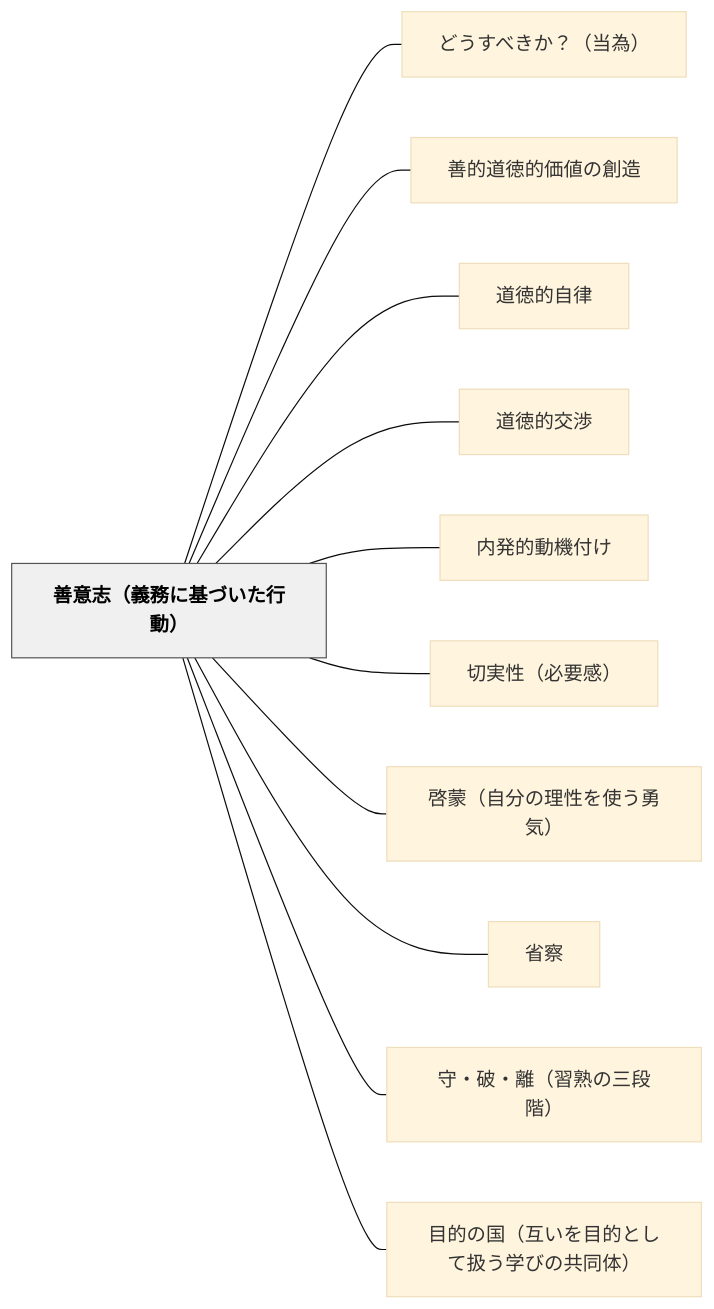
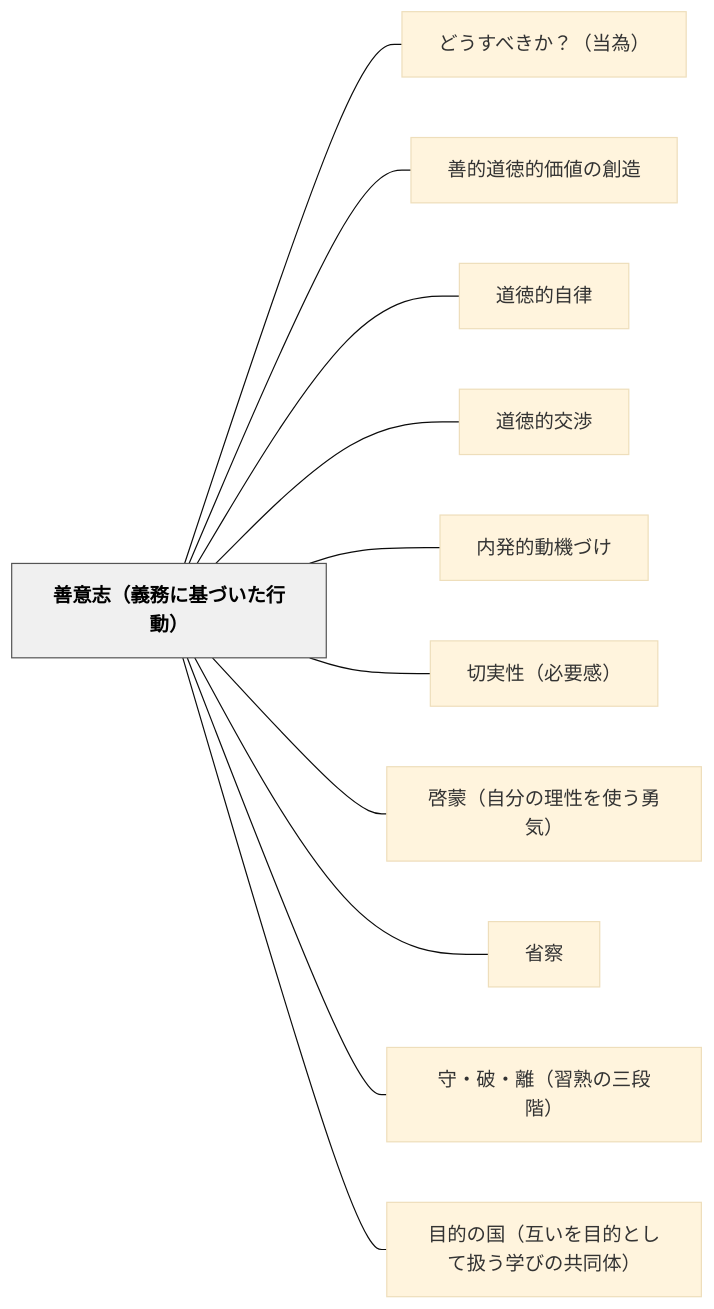
One commit to unknownthings-ed-patterns/unknownthings-ed-patterns changed the diagram in content/パタン/善意志（義務に基づいた行動）.md. Above: the diagram before and after it, drawn with Mermaid (base theme). The commit also changed other lines of this file and 234 other files, not shown here.

````diff
--- a/content/パタン/善意志（義務に基づいた行動）.md
+++ b/content/パタン/善意志（義務に基づいた行動）.md
@@ -113,28 +113,28 @@
 ```mermaid
 flowchart LR
     ne59684e6848fe5bf97efbc88e7bea9e58b99e381abe59fbae381a5e38184e3819fe8a18ce58b95efbc89["善意志（義務に基づいた行動）"]
     ne381a9e38186e38199e381b9e3818de3818befbc9fefbc88e5bd93e782baefbc89["どうすべきか？（当為）"]
     ne59684e79a84e98193e5beb3e79a84e4bea1e580a4e381aee589b5e980a0["善的道徳的価値の創造"]
     ne98193e5beb3e79a84e887aae5be8b["道徳的自律"]
     ne98193e5beb3e79a84e4baa4e6b889["道徳的交渉"]
-    ne58685e799bae79a84e58b95e6a99fe4bb98e38191["内発的動機付け"]
+    ne58685e799bae79a84e58b95e6a99fe381a5e38191["内発的動機づけ"]
     ne58887e5ae9fe680a7efbc88e5bf85e8a681e6849fefbc89["切実性（必要感）"]
     ne59593e89299efbc88e887aae58886e381aee79086e680a7e38292e4bdbfe38186e58b87e6b097efbc89["啓蒙（自分の理性を使う勇気）"]
     ne79c81e5af9f["省察"]
     ne5ae88e383bbe7a0b4e383bbe99ba2efbc88e7bf92e7869fe381aee4b889e6aeb5e99a8eefbc89["守・破・離（習熟の三段階）"]
     ne79baee79a84e381aee59bbdefbc88e4ba92e38184e38292e79baee79a84e381a8e38197e381a6e689b1e38186e5ada6e381b3e381aee585b1e5908ce4bd93efbc89["目的の国（互いを目的として扱う学びの共同体）"]
 
     ne59684e6848fe5bf97efbc88e7bea9e58b99e381abe59fbae381a5e38184e3819fe8a18ce58b95efbc89 --- ne381a9e38186e38199e381b9e3818de3818befbc9fefbc88e5bd93e782baefbc89
     ne59684e6848fe5bf97efbc88e7bea9e58b99e381abe59fbae381a5e38184e3819fe8a18ce58b95efbc89 --- ne59684e79a84e98193e5beb3e79a84e4bea1e580a4e381aee589b5e980a0
     ne59684e6848fe5bf97efbc88e7bea9e58b99e381abe59fbae381a5e38184e3819fe8a18ce58b95efbc89 --- ne98193e5beb3e79a84e887aae5be8b
     ne59684e6848fe5bf97efbc88e7bea9e58b99e381abe59fbae381a5e38184e3819fe8a18ce58b95efbc89 --- ne98193e5beb3e79a84e4baa4e6b889
-    ne59684e6848fe5bf97efbc88e7bea9e58b99e381abe59fbae381a5e38184e3819fe8a18ce58b95efbc89 --- ne58685e799bae79a84e58b95e6a99fe4bb98e38191
+    ne59684e6848fe5bf97efbc88e7bea9e58b99e381abe59fbae381a5e38184e3819fe8a18ce58b95efbc89 --- ne58685e799bae79a84e58b95e6a99fe381a5e38191
     ne59684e6848fe5bf97efbc88e7bea9e58b99e381abe59fbae381a5e38184e3819fe8a18ce58b95efbc89 --- ne58887e5ae9fe680a7efbc88e5bf85e8a681e6849fefbc89
     ne59684e6848fe5bf97efbc88e7bea9e58b99e381abe59fbae381a5e38184e3819fe8a18ce58b95efbc89 --- ne59593e89299efbc88e887aae58886e381aee79086e680a7e38292e4bdbfe38186e58b87e6b097efbc89
     ne59684e6848fe5bf97efbc88e7bea9e58b99e381abe59fbae381a5e38184e3819fe8a18ce58b95efbc89 --- ne79c81e5af9f
     ne59684e6848fe5bf97efbc88e7bea9e58b99e381abe59fbae381a5e38184e3819fe8a18ce58b95efbc89 --- ne5ae88e383bbe7a0b4e383bbe99ba2efbc88e7bf92e7869fe381aee4b889e6aeb5e99a8eefbc89
     ne59684e6848fe5bf97efbc88e7bea9e58b99e381abe59fbae381a5e38184e3819fe8a18ce58b95efbc89 --- ne79baee79a84e381aee59bbdefbc88e4ba92e38184e38292e79baee79a84e381a8e38197e381a6e689b1e38186e5ada6e381b3e381aee585b1e5908ce4bd93efbc89
 
     classDef hub fill:#f0f0f0,stroke:#555,color:#000,font-weight:bold
     class ne59684e6848fe5bf97efbc88e7bea9e58b99e381abe59fbae381a5e38184e3819fe8a18ce58b95efbc89 hub
 ```
````
